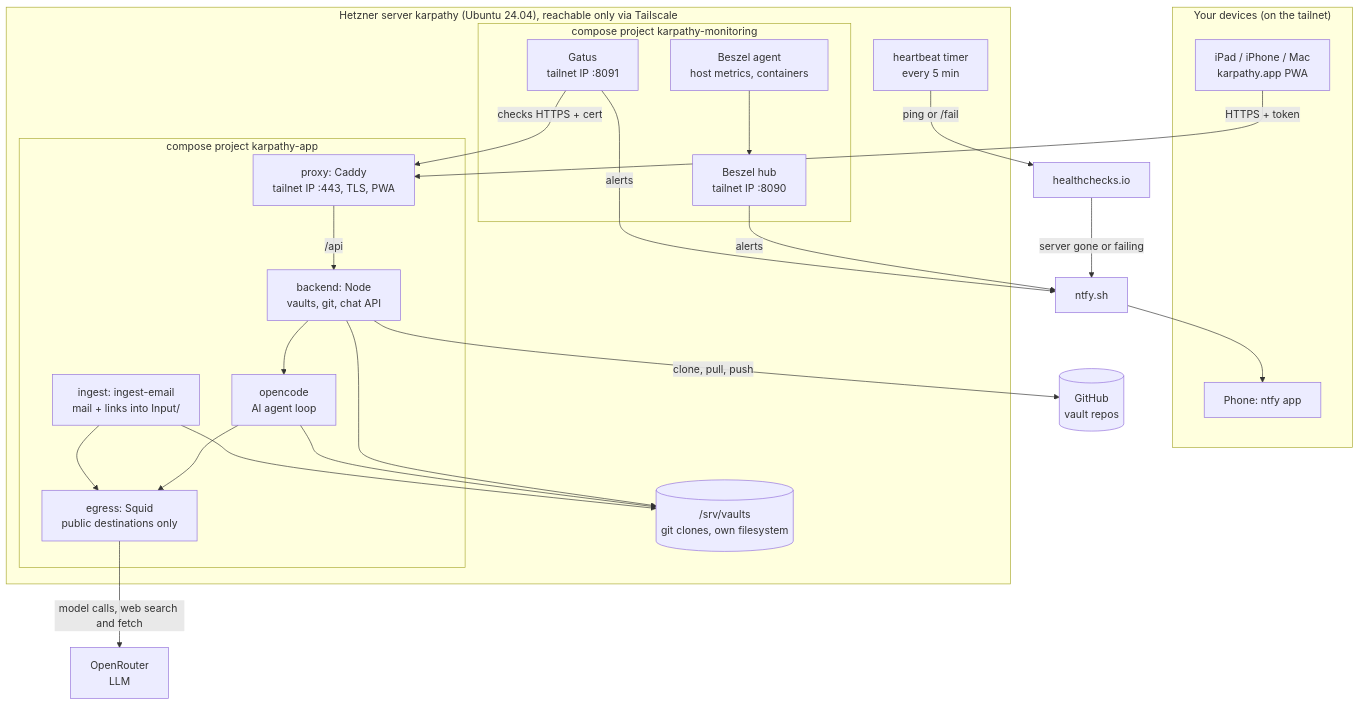
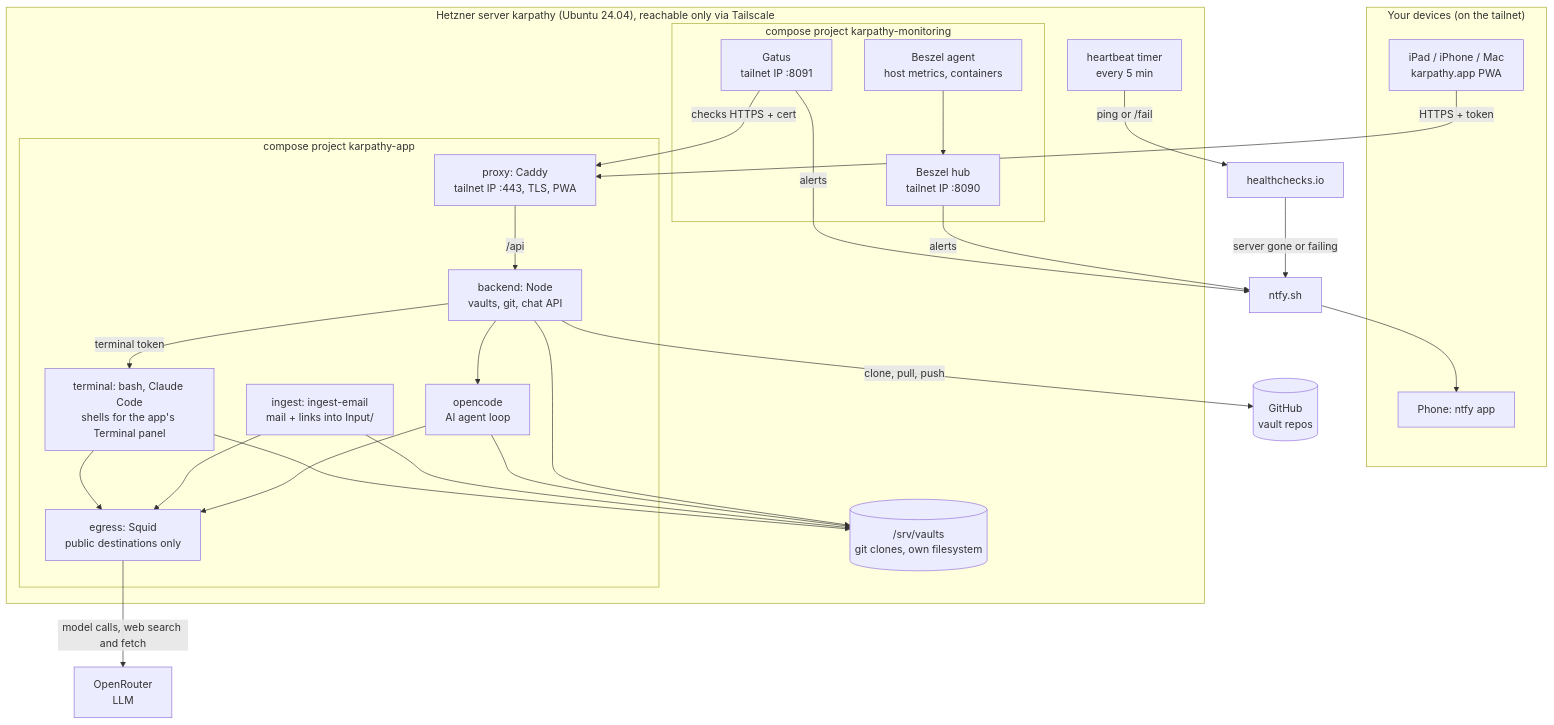
Before and after one commit to tillg/karpathy.app: the diagram in deploy/README.md, drawn with Mermaid. The commit also changed other lines of this file and 25 other files, not shown here.

First line of the commit message:
Terminal panel in the app; secret-scan record out of the clone; docs (#175)

````diff
--- a/deploy/README.md
+++ b/deploy/README.md
@@ -9,44 +9,48 @@
 ```mermaid
 flowchart TB
   subgraph Devices["Your devices (on the tailnet)"]
     iPad[iPad / iPhone / Mac<br/>karpathy.app PWA]
     Phone[Phone: ntfy app]
   end
   subgraph Server["Hetzner server karpathy (Ubuntu 24.04), reachable only via Tailscale"]
     subgraph App["compose project karpathy-app"]
       proxy[proxy: Caddy<br/>tailnet IP :443, TLS, PWA]
       backend[backend: Node<br/>vaults, git, chat API]
       opencode[opencode<br/>AI agent loop]
       egress[egress: Squid<br/>public destinations only]
       ingest[ingest: ingest-email<br/>mail + links into Input/]
+      terminal[terminal: bash, Claude Code<br/>shells for the app's Terminal panel]
     end
     subgraph Mon["compose project karpathy-monitoring"]
       hub[Beszel hub<br/>tailnet IP :8090]
       agent[Beszel agent<br/>host metrics, containers]
       gatus[Gatus<br/>tailnet IP :8091]
     end
     vaults[(/srv/vaults<br/>git clones, own filesystem)]
     timer[heartbeat timer<br/>every 5 min]
   end
   GitHub[(GitHub<br/>vault repos)]
   LLM[OpenRouter<br/>LLM]
   HC[healthchecks.io]
   NTFY[ntfy.sh]
   iPad -->|HTTPS + token| proxy
   proxy -->|/api| backend
   backend --> opencode
   backend --> vaults
   opencode --> vaults
   backend -->|clone, pull, push| GitHub
   opencode --> egress
   ingest --> vaults
   ingest --> egress
+  backend -->|terminal token| terminal
+  terminal --> vaults
+  terminal --> egress
   egress -->|model calls, web search and fetch| LLM
   agent --> hub
   gatus -->|checks HTTPS + cert| proxy
   hub -->|alerts| NTFY
   gatus -->|alerts| NTFY
   timer -->|ping or /fail| HC
   HC -->|server gone or failing| NTFY
   NTFY --> Phone
 ```
````
